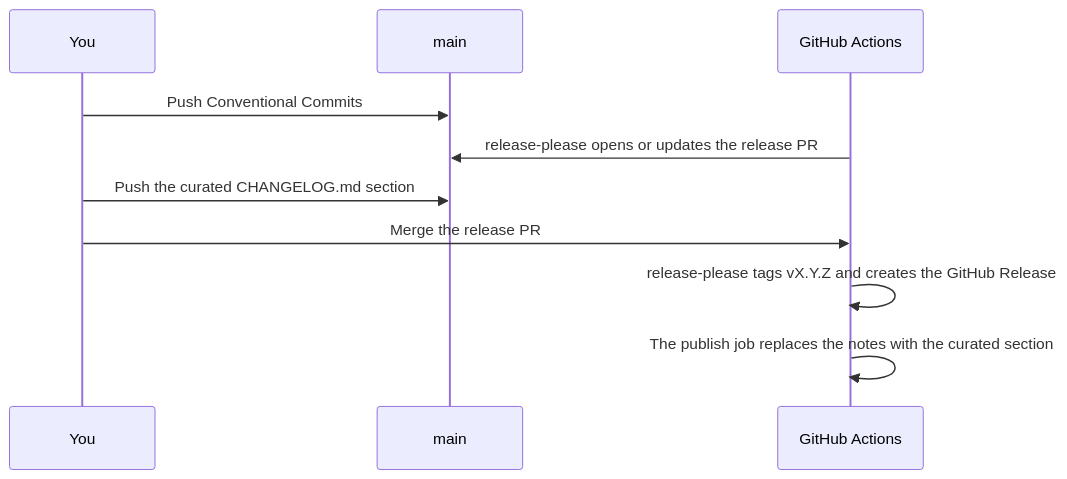
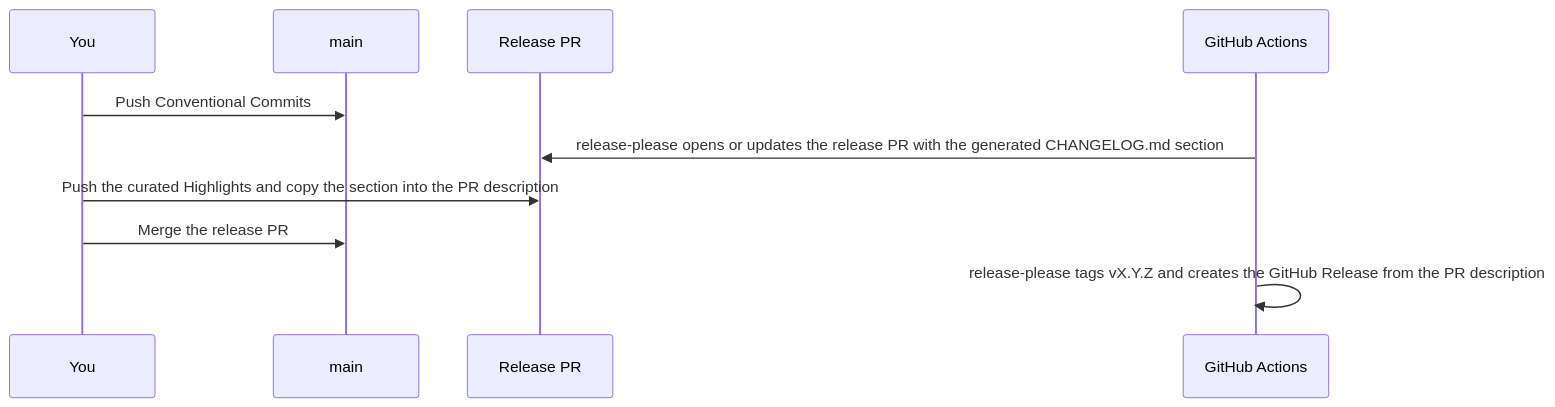
The diagram in common/.agents/skills/nbr-workflow-kit/templates/releases-doc.md (nikbrunner/dots), drawn with Mermaid before and after one commit. The commit also changed other lines of this file and 8 other files, not shown here.

First line of the commit message:
Generate the changelog with release-please in nbr-workflow-kit

````diff
--- a/common/.agents/skills/nbr-workflow-kit/templates/releases-doc.md
+++ b/common/.agents/skills/nbr-workflow-kit/templates/releases-doc.md
@@ -8,12 +8,12 @@
 ```mermaid
 sequenceDiagram
   participant You
   participant main
+  participant PR as Release PR
   participant Actions as GitHub Actions
   You->>main: Push Conventional Commits
-  Actions->>main: release-please opens or updates the release PR
-  You->>main: Push the curated CHANGELOG.md section
-  You->>Actions: Merge the release PR
-  Actions->>Actions: release-please tags vX.Y.Z and creates the GitHub Release
-  Actions->>Actions: The publish job replaces the notes with the curated section
+  Actions->>PR: release-please opens or updates the release PR with the generated CHANGELOG.md section
+  You->>PR: Push the curated Highlights and copy the section into the PR description
+  You->>main: Merge the release PR
+  Actions->>Actions: release-please tags vX.Y.Z and creates the GitHub Release from the PR description
 ```
````
